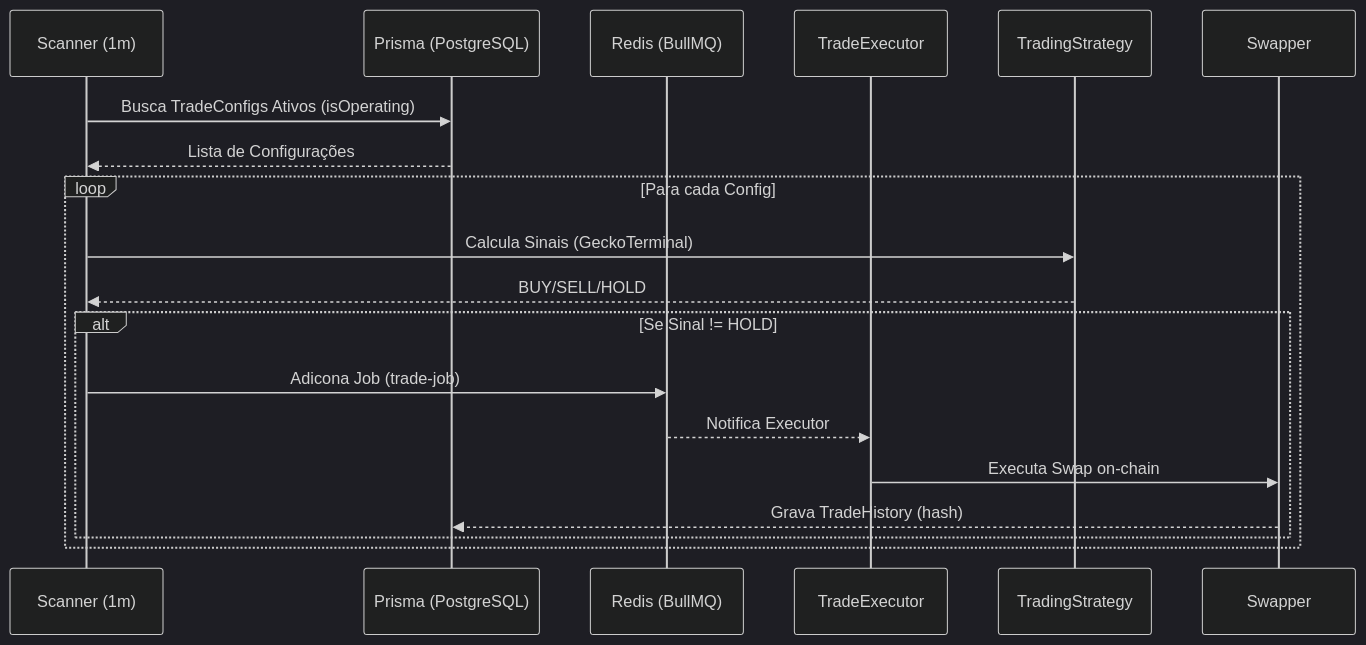
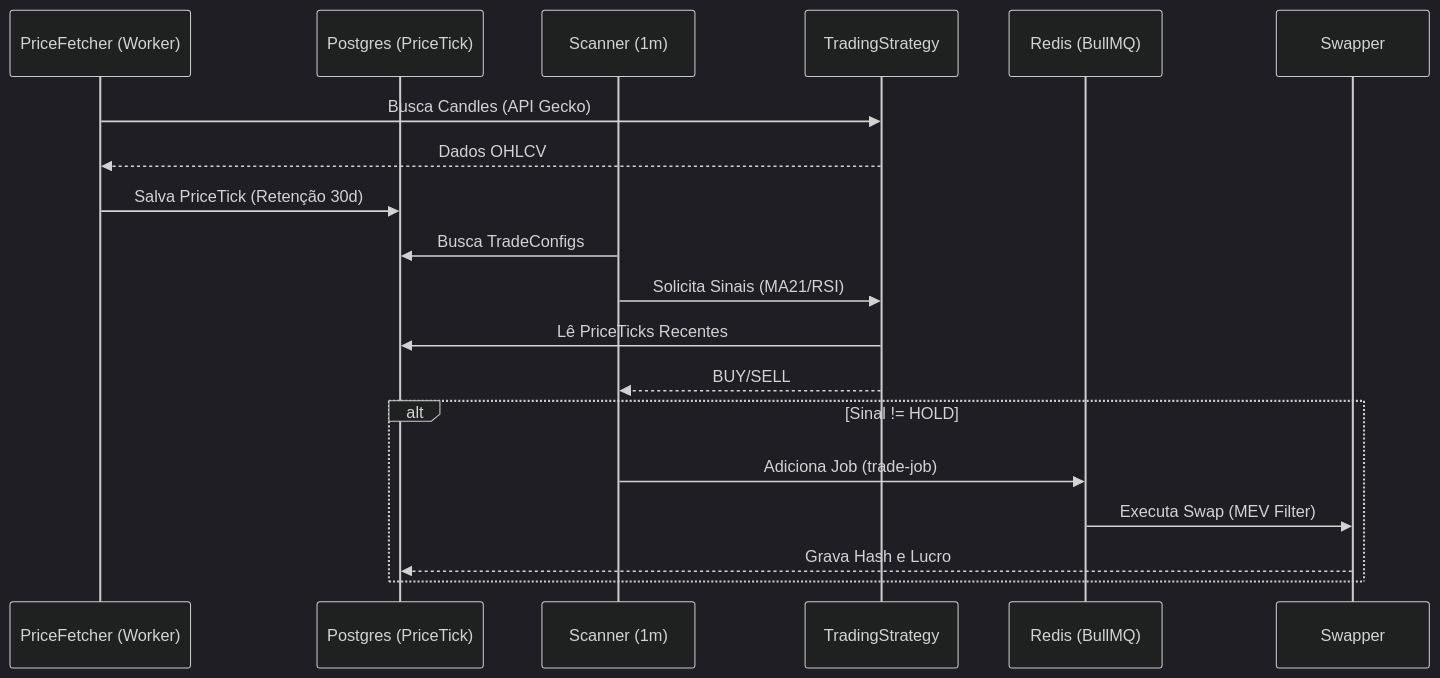
Before and after one commit to alanvito1/bcoin_sen_blockchain_trader: the diagram in docs/SYSTEM_ATLAS.md, drawn with Mermaid (dark theme). The commit also changed other lines of this file and 17 other files, not shown here.

````diff
--- a/docs/SYSTEM_ATLAS.md
+++ b/docs/SYSTEM_ATLAS.md
@@ -49,22 +44,24 @@
 ```mermaid
 sequenceDiagram
+    participant W as PriceFetcher (Worker)
+    participant DB as Postgres (PriceTick)
     participant S as Scanner (1m)
-    participant DB as Prisma (PostgreSQL)
+    participant ST as TradingStrategy
     participant Q as Redis (BullMQ)
-    participant E as TradeExecutor
-    participant ST as TradingStrategy
     participant SW as Swapper
     
-    S->>DB: Busca TradeConfigs Ativos (isOperating)
-    DB-->>S: Lista de Configurações
-    loop Para cada Config
-        S->>ST: Calcula Sinais (GeckoTerminal)
-        ST-->>S: BUY/SELL/HOLD
-        alt Se Sinal != HOLD
-            S->>Q: Adicona Job (trade-job)
-            Q-->>E: Notifica Executor
-            E->>SW: Executa Swap on-chain
-            SW-->>DB: Grava TradeHistory (hash)
-        end
+    W->>ST: Busca Candles (API Gecko)
+    ST-->>W: Dados OHLCV
+    W->>DB: Salva PriceTick (Retenção 30d)
+    
+    S->>DB: Busca TradeConfigs
+    S->>ST: Solicita Sinais (MA21/RSI)
+    ST->>DB: Lê PriceTicks Recentes
+    ST-->>S: BUY/SELL
+    
+    alt Sinal != HOLD
+        S->>Q: Adiciona Job (trade-job)
+        Q->>SW: Executa Swap (MEV Filter)
+        SW-->>DB: Grava Hash e Lucro
     end
 ```
````
